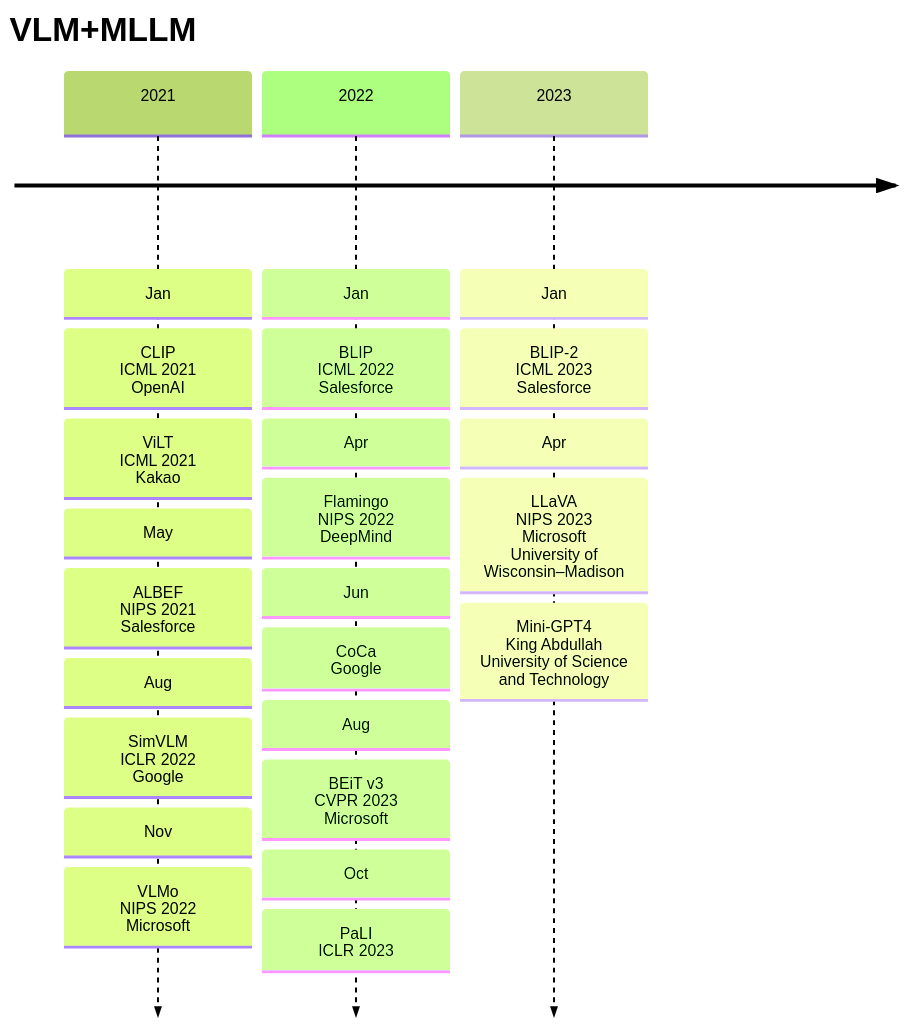
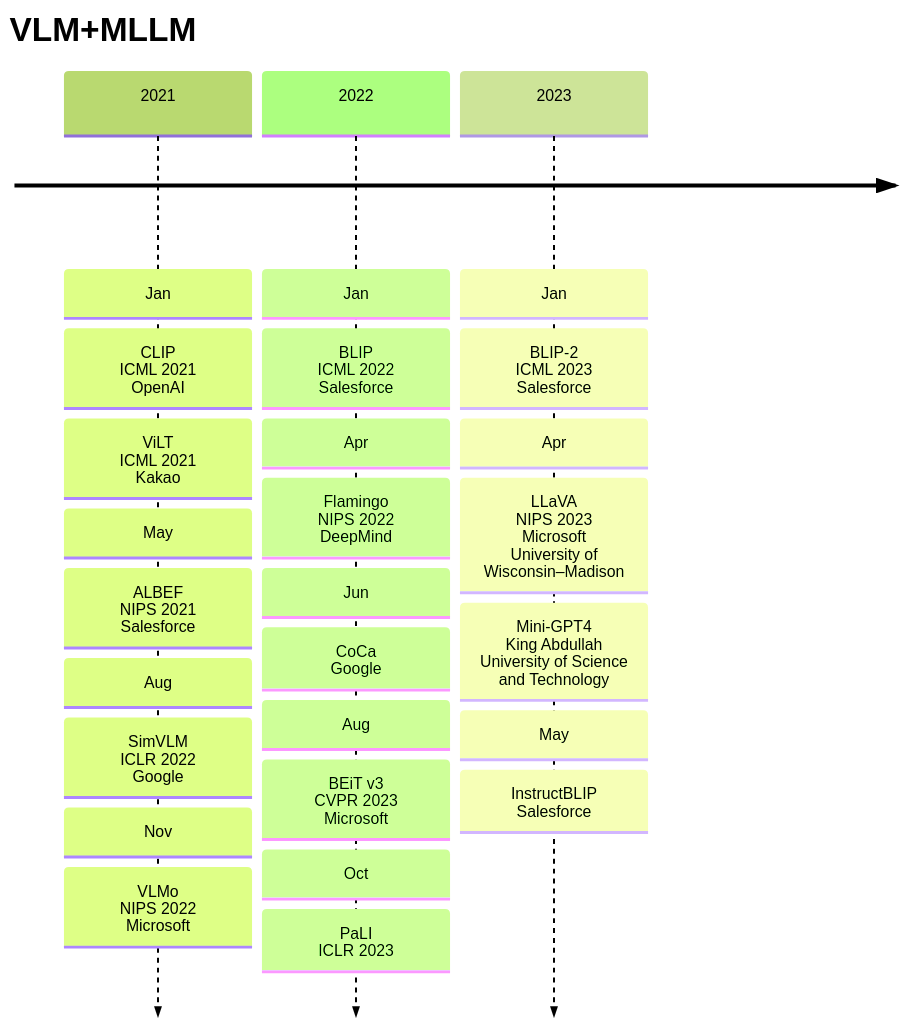
One commit to Elephant-King9/Paper changed the first of 6 diagrams in Base_Model/VLM+VLLM/analyse.md. Above: the diagram before and after it, drawn with Mermaid (forest theme). The commit also changed other lines of this file and 6 other files, not shown here.

Commit message:
update_InstructBLIP: Towards General-purpose Vision-Language Models with Instruction Tuning

````diff
--- a/Base_Model/VLM+VLLM/analyse.md
+++ b/Base_Model/VLM+VLLM/analyse.md
@@ -5,28 +5,30 @@
 ```mermaid
 timeline
     title VLM+MLLM
     2021 : Jan
     		 : CLIP<br>ICML 2021<br>OpenAI
     		 : ViLT<br>ICML 2021<br>Kakao
     		 : May
     		 : ALBEF<br>NIPS 2021<br>Salesforce
     		 : Aug
     		 : SimVLM<br>ICLR 2022<br>Google
     		 : Nov
     		 : VLMo<br>NIPS 2022<br>Microsoft
     2022 : Jan
     		 : BLIP<br>ICML 2022<br>Salesforce
     		 : Apr
     		 : Flamingo<br>NIPS 2022<br>DeepMind
     		 : Jun
     		 : CoCa<br>Google
     		 : Aug
     		 : BEiT v3<br>CVPR 2023<br>Microsoft
     		 : Oct
     		 : PaLI<br>ICLR 2023
     2023 : Jan
     		 : BLIP-2<br>ICML 2023<br>Salesforce
     		 : Apr
 				 : LLaVA<br>NIPS 2023<br>Microsoft<br>University of Wisconsin–Madison
 				 : Mini-GPT4<br>King Abdullah University of Science and Technology
+				 : May
+				 : InstructBLIP<br>Salesforce
 ```
````
